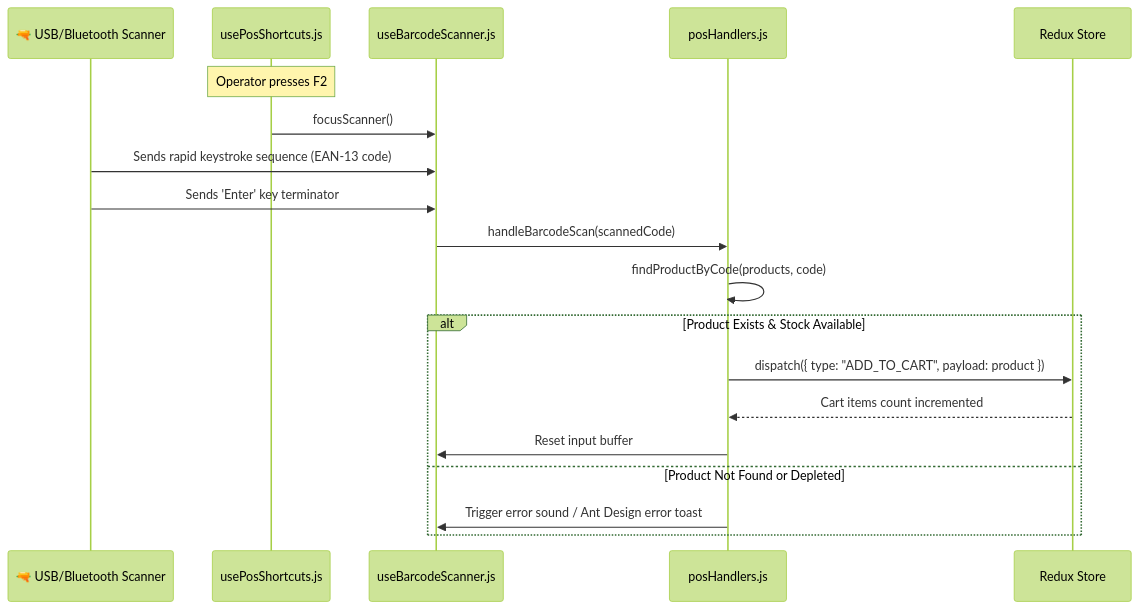
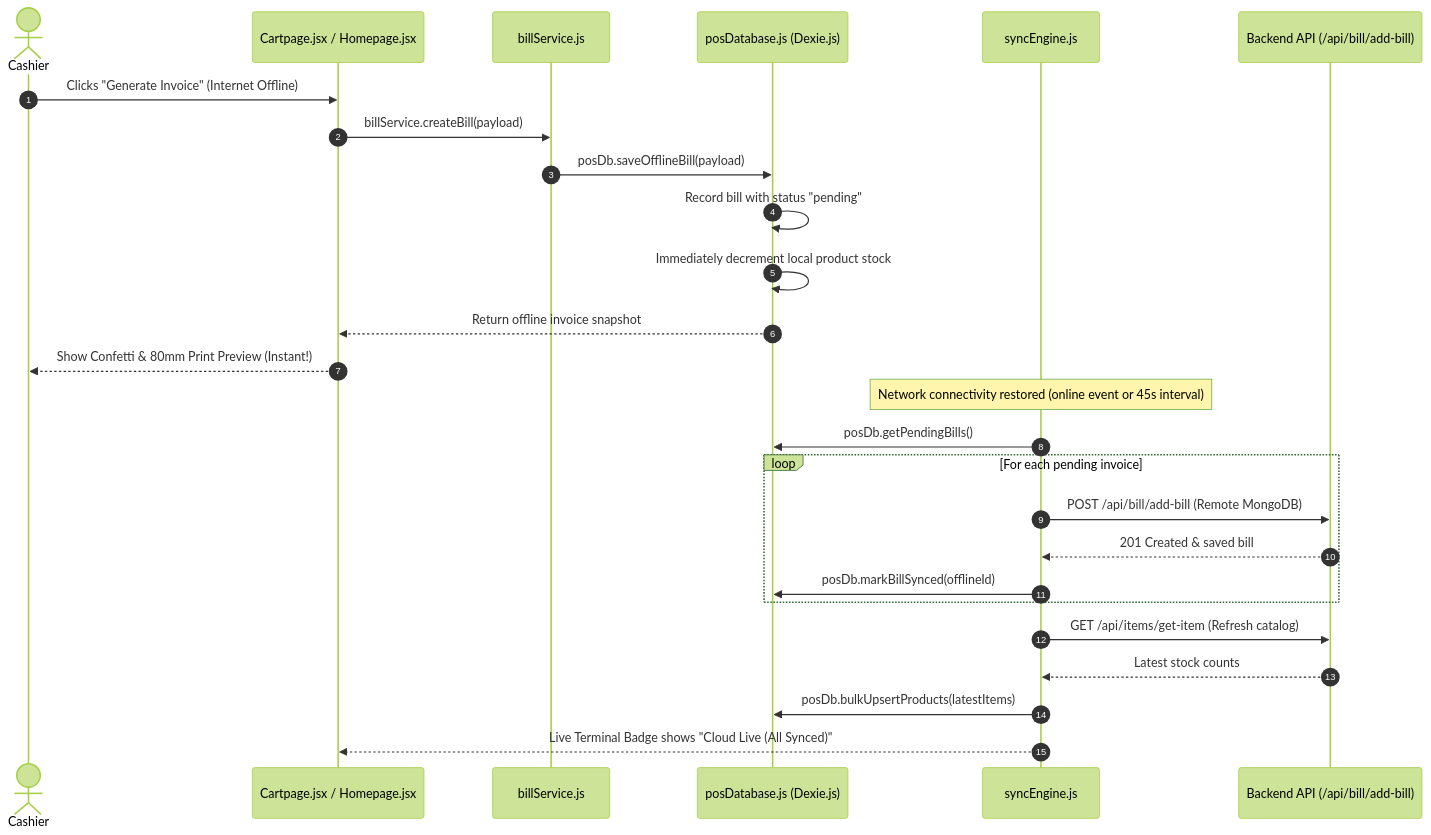
One commit to Haiderali445/pos-client changed the diagram in README.md. Above: the diagram before and after it, drawn with Mermaid (forest theme). The commit also changed other lines of this file and 44 other files, not shown here.

Commit message:
feat(monorepo): sync Express 5 modular backend, React 18 client templates, and audit trail drawer

````diff
--- a/README.md
+++ b/README.md
@@ -171,22 +77,30 @@
 ```mermaid
 sequenceDiagram
-    participant Hardware as 🔫 USB/Bluetooth Scanner
-    participant FocusHook as usePosShortcuts.js
-    participant Receptor as useBarcodeScanner.js
-    participant Handler as posHandlers.js
-    participant Store as Redux Store
+    autonumber
+    actor Cashier
+    participant UI as Cartpage.jsx / Homepage.jsx
+    participant Service as billService.js
+    participant DB as posDatabase.js (Dexie.js)
+    participant Sync as syncEngine.js
+    participant API as Backend API (/api/bill/add-bill)
 
-    Note over FocusHook: Operator presses F2
-    FocusHook->>Receptor: focusScanner()
-    Hardware->>Receptor: Sends rapid keystroke sequence (EAN-13 code)
-    Hardware->>Receptor: Sends 'Enter' key terminator
-    Receptor->>Handler: handleBarcodeScan(scannedCode)
-    Handler->>Handler: findProductByCode(products, code)
-    alt Product Exists & Stock Available
-        Handler->>Store: dispatch({ type: "ADD_TO_CART", payload: product })
-        Store-->>Handler: Cart items count incremented
-        Handler->>Receptor: Reset input buffer
-    else Product Not Found or Depleted
-        Handler->>Receptor: Trigger error sound / Ant Design error toast
+    Cashier->>UI: Clicks "Generate Invoice" (Internet Offline)
+    UI->>Service: billService.createBill(payload)
+    Service->>DB: posDb.saveOfflineBill(payload)
+    DB->>DB: Record bill with status "pending"
+    DB->>DB: Immediately decrement local product stock
+    DB-->>UI: Return offline invoice snapshot
+    UI-->>Cashier: Show Confetti & 80mm Print Preview (Instant!)
+    
+    Note over Sync: Network connectivity restored (online event or 45s interval)
+    Sync->>DB: posDb.getPendingBills()
+    loop For each pending invoice
+        Sync->>API: POST /api/bill/add-bill (Remote MongoDB)
+        API-->>Sync: 201 Created & saved bill
+        Sync->>DB: posDb.markBillSynced(offlineId)
     end
+    Sync->>API: GET /api/items/get-item (Refresh catalog)
+    API-->>Sync: Latest stock counts
+    Sync->>DB: posDb.bulkUpsertProducts(latestItems)
+    Sync-->>UI: Live Terminal Badge shows "Cloud Live (All Synced)"
 ```
````
